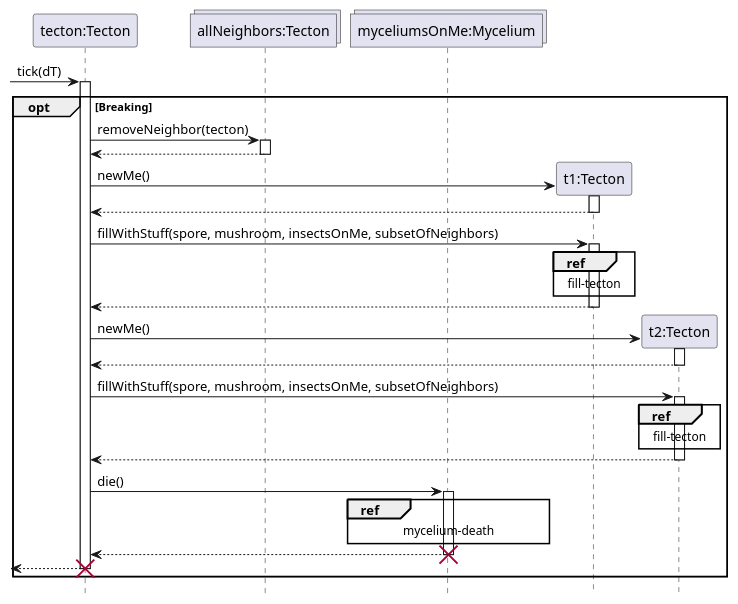
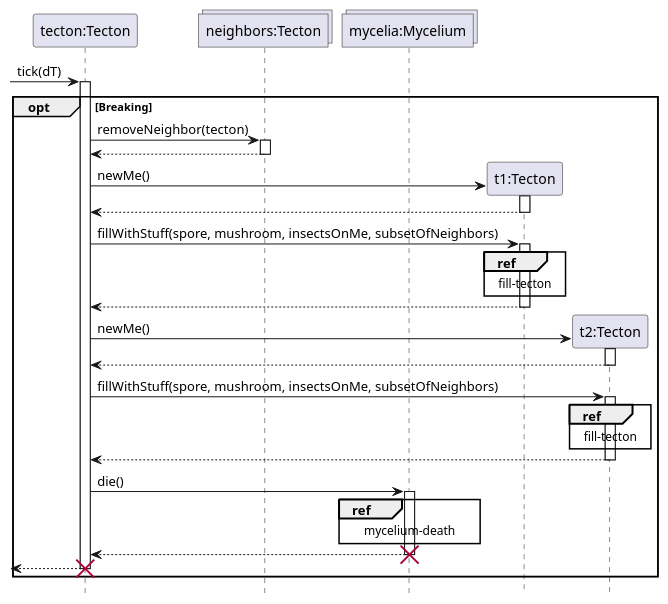
Before and after one commit to ZD4ve/projlab-error521: the diagram in Tecton/tecton-break-seq.pu, drawn with PlantUML.

Commit message:
name update

```diff
--- a/Tecton/tecton-break-seq.pu
+++ b/Tecton/tecton-break-seq.pu
@@ -1,54 +1,54 @@
 @startuml Tecton/tecton-break-seq
 hide footbox
 
 participant "tecton:Tecton" as Dying
-collections "allNeighbors:Tecton" as allNeighbors
-collections "myceliumsOnMe:Mycelium" as target
+collections "neighbors:Tecton" as allNeighbors
+collections "mycelia:Mycelium" as target
 
 -> Dying : tick(dT)
 activate Dying
 opt Breaking
 
 Dying -> allNeighbors : removeNeighbor(tecton)
 activate allNeighbors
 return
 
 create "t1:Tecton" as New1
 Dying -> New1 : newMe()
 activate New1
 return
 Dying -> New1 : fillWithStuff(spore, mushroom, insectsOnMe, subsetOfNeighbors)
 activate New1
 ref over New1
     fill-tecton
 end ref
 return
 
 create "t2:Tecton" as New2
 'Newme helyett mi'
 Dying -> New2 : newMe()
 activate New2
 return
 
 Dying -> New2 : fillWithStuff(spore, mushroom, insectsOnMe, subsetOfNeighbors)
 activate New2
 ref over New2
     fill-tecton
 end ref
 return
 
 Dying -> target : die()
 activate target
 
 ref over target
     mycelium-death
 end ref
 
 return
 destroy target
 
 <-- Dying
 destroy Dying
 end
 
 @enduml
```
